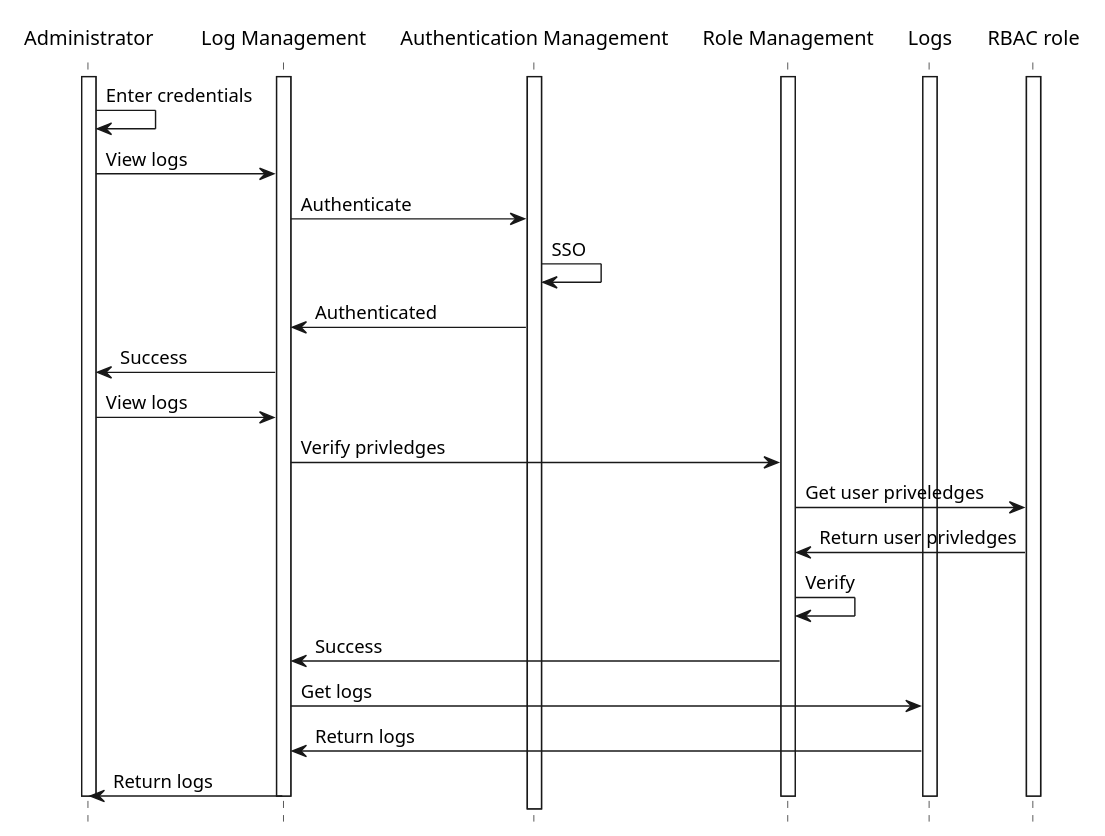
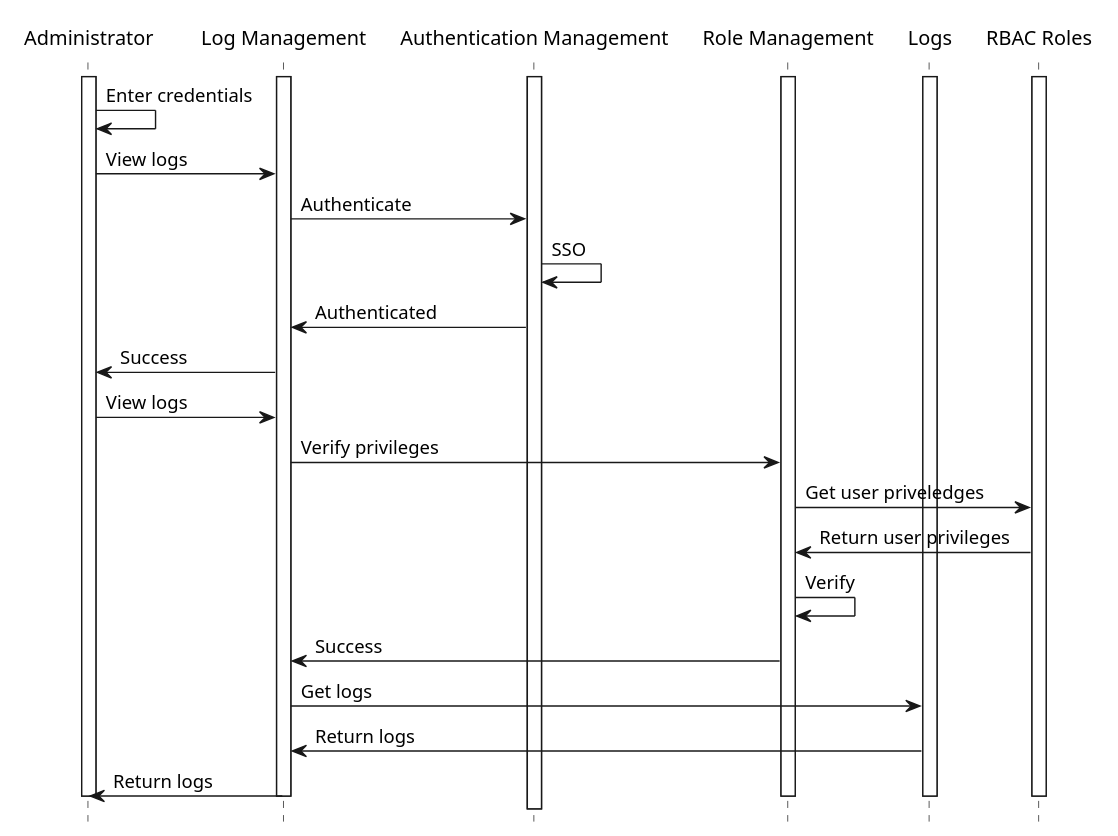
One commit to kailashsrirang/3a04-deliverable3 changed the diagram in seq-diag/BE5.puml. Above: the diagram before and after it, drawn with PlantUML. The commit also changed 3 other files, not shown here.

```diff
--- a/seq-diag/BE5.puml
+++ b/seq-diag/BE5.puml
@@ -2,51 +2,51 @@
 @startuml
 
 hide footbox
 
 skinparam ParticipantBorderColor transparent
 skinparam ParticipantBackgroundColor transparent
 skinparam ActorBorderColor transparent
 skinparam ActorBackgroundColor transparent
 
 participant "Administrator" as A
 participant "Log Management" as LM
 participant "Authentication Management" as AM
 participant "Role Management" as RM
 participant "Logs" as DB
-participant "RBAC role" as RBAC
+participant "RBAC Roles" as RBAC
 
 
 activate A
 activate RM
 activate AM
 activate RBAC
 activate DB
 activate LM
 
 A -> A : Enter credentials
 A -> LM : View logs
 LM -> AM : Authenticate
 AM -> AM : SSO
 AM -> LM : Authenticated
 LM -> A : Success
 A -> LM : View logs
-LM -> RM : Verify privledges
+LM -> RM : Verify privileges
 RM -> RBAC : Get user priveledges
-RBAC -> RM : Return user privledges
+RBAC -> RM : Return user privileges
 RM -> RM : Verify
 RM -> LM : Success
 LM -> DB : Get logs
 DB -> LM : Return logs
 LM -> A : Return logs
 
 deactivate A
 deactivate RM
 deactivate RBAC
 deactivate DB
 deactivate LM
 
 
 
 
 
 @enduml
```
